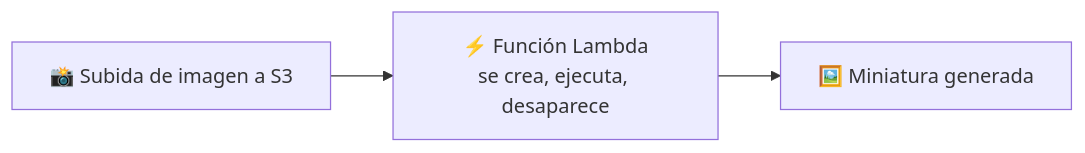
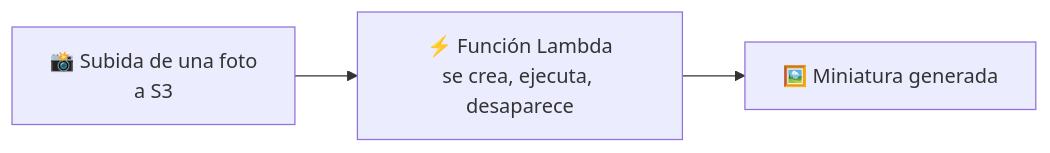
The first of 4 diagrams in docs/tema6/serverless.md (aitorventura/introduccion-nube), drawn with Mermaid before and after one commit. The commit also changed other lines of this file and 4 other files, not shown here.

````diff
--- a/docs/tema6/serverless.md
+++ b/docs/tema6/serverless.md
@@ -15,5 +20,5 @@
 ```mermaid
 flowchart LR
-    Evento["📸 Subida de imagen a S3"] --> Funcion["⚡ Función Lambda<br/>se crea, ejecuta, desaparece"]
+    Evento["📸 Subida de una foto<br/>a S3"] --> Funcion["⚡ Función Lambda<br/>se crea, ejecuta, desaparece"]
     Funcion --> Resultado["🖼️ Miniatura generada"]
 ```
````
